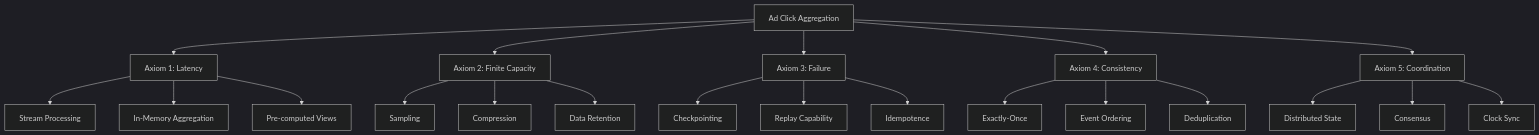
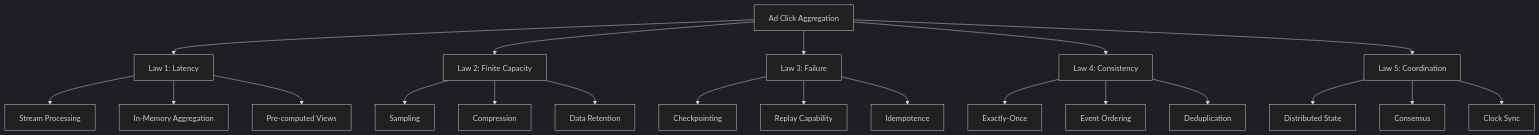
Before and after one commit to deepaucksharma/DStudio: the third of 3 diagrams in docs/case-studies/ad-click-aggregation.md, drawn with Mermaid (dark theme). The commit also changed other lines of this file and 470 other files, not shown here.

````diff
--- a/docs/case-studies/ad-click-aggregation.md
+++ b/docs/case-studies/ad-click-aggregation.md
@@ -124,30 +124,30 @@
 ```mermaid
 graph TD
     AC[Ad Click Aggregation]
     
-    AC --> A1[Axiom 1: Latency]
-    AC --> A2[Axiom 2: Finite Capacity]
-    AC --> A3[Axiom 3: Failure]
-    AC --> A4[Axiom 4: Consistency]
-    AC --> A5[Axiom 5: Coordination]
+    AC --> A1[Law 1: Latency]
+    AC --> A2[Law 2: Finite Capacity]
+    AC --> A3[Law 3: Failure]
+    AC --> A4[Law 4: Consistency]
+    AC --> A5[Law 5: Coordination]
     
     A1 --> L1[Stream Processing]
     A1 --> L2[In-Memory Aggregation]
     A1 --> L3[Pre-computed Views]
     
     A2 --> C1[Sampling]
     A2 --> C2[Compression]
     A2 --> C3[Data Retention]
     
     A3 --> F1[Checkpointing]
     A3 --> F2[Replay Capability]
     A3 --> F3[Idempotence]
     
     A4 --> CO1[Exactly-Once]
     A4 --> CO2[Event Ordering]
     A4 --> CO3[Deduplication]
     
     A5 --> CD1[Distributed State]
     A5 --> CD2[Consensus]
     A5 --> CD3[Clock Sync]
 ```
````
